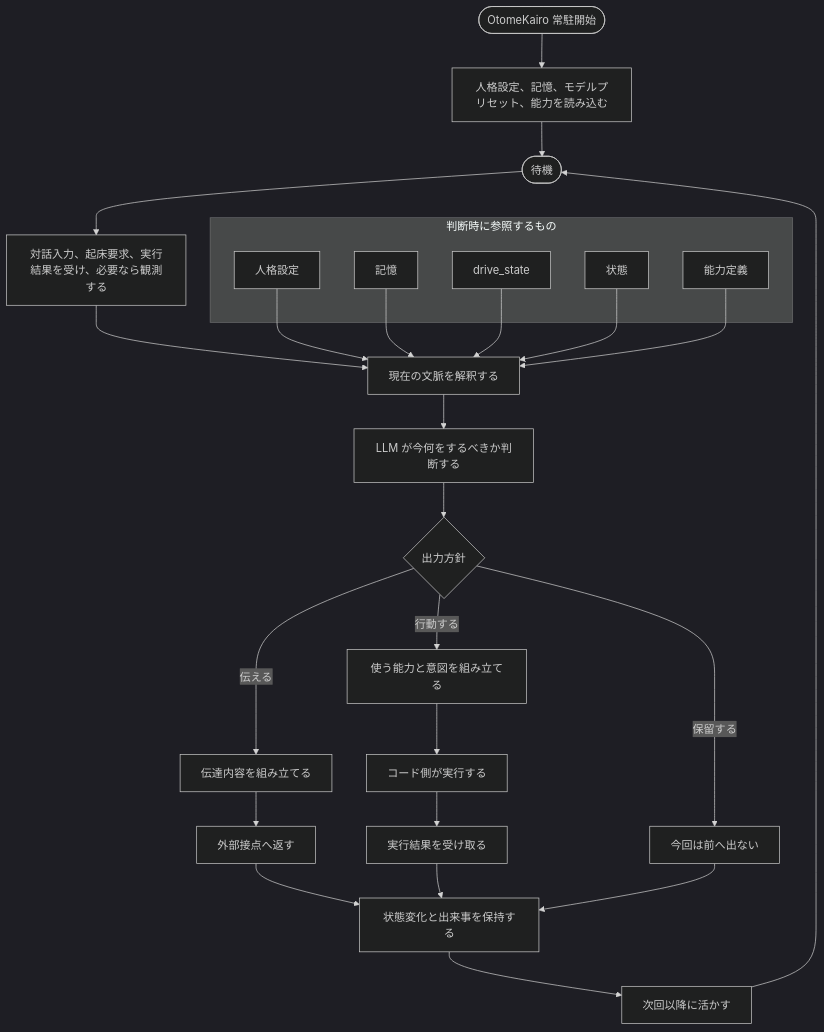
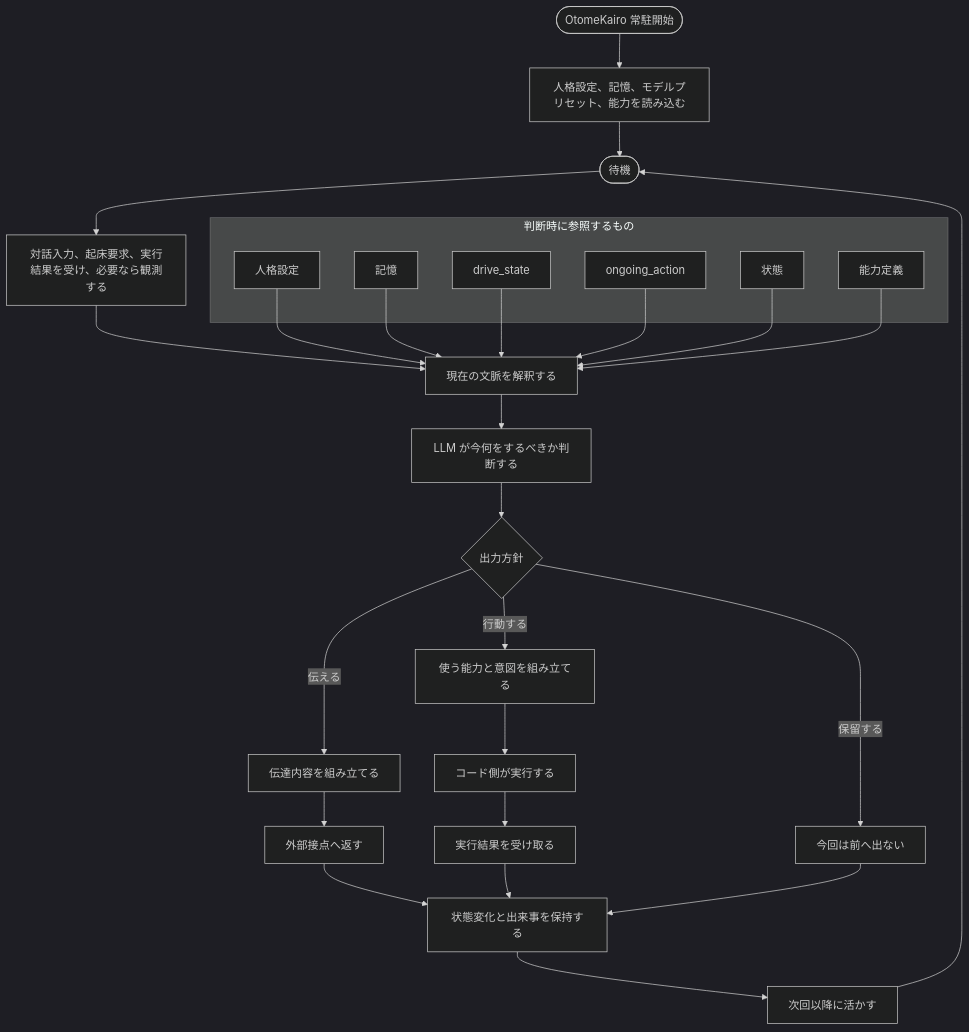
The diagram in docs/design/03_アーキテクチャ.md (hirona98/OtomeKairo), drawn with Mermaid (dark theme) before and after one commit. The commit also changed other lines of this file and 8 other files, not shown here.

````diff
--- a/docs/design/03_アーキテクチャ.md
+++ b/docs/design/03_アーキテクチャ.md
@@ -52,49 +52,51 @@
 ```mermaid
 flowchart TD
     Start([OtomeKairo 常駐開始])
     Load[人格設定、記憶、モデルプリセット、能力を読み込む]
     Wait([待機])
     Observe[対話入力、起床要求、実行結果を受け、必要なら観測する]
     Build[現在の文脈を解釈する]
     Decide["LLM が今何をするべきか判断する"]
     Branch{出力方針}
     Communicate[伝達内容を組み立てる]
     Plan[使う能力と意図を組み立てる]
     Execute[コード側が実行する]
     Hold[今回は前へ出ない]
     Return[外部接点へ返す]
     Result[実行結果を受け取る]
     Store[状態変化と出来事を保持する]
     Next[次回以降に活かす]
 
     subgraph Ref["判断時に参照するもの"]
         Persona[人格設定]
         Memory[記憶]
         Drive[drive_state]
+        Action[ongoing_action]
         State[状態]
         Capability[能力定義]
     end
 
     Start --> Load
     Load --> Wait
     Wait --> Observe
     Observe --> Build
     Persona --> Build
     Memory --> Build
     Drive --> Build
+    Action --> Build
     State --> Build
     Capability --> Build
     Build --> Decide
     Decide --> Branch
     Branch -->|伝える| Communicate
     Branch -->|行動する| Plan
     Branch -->|保留する| Hold
     Communicate --> Return
     Plan --> Execute
     Execute --> Result
     Return --> Store
     Result --> Store
     Hold --> Store
     Store --> Next
     Next --> Wait
 ```
````
